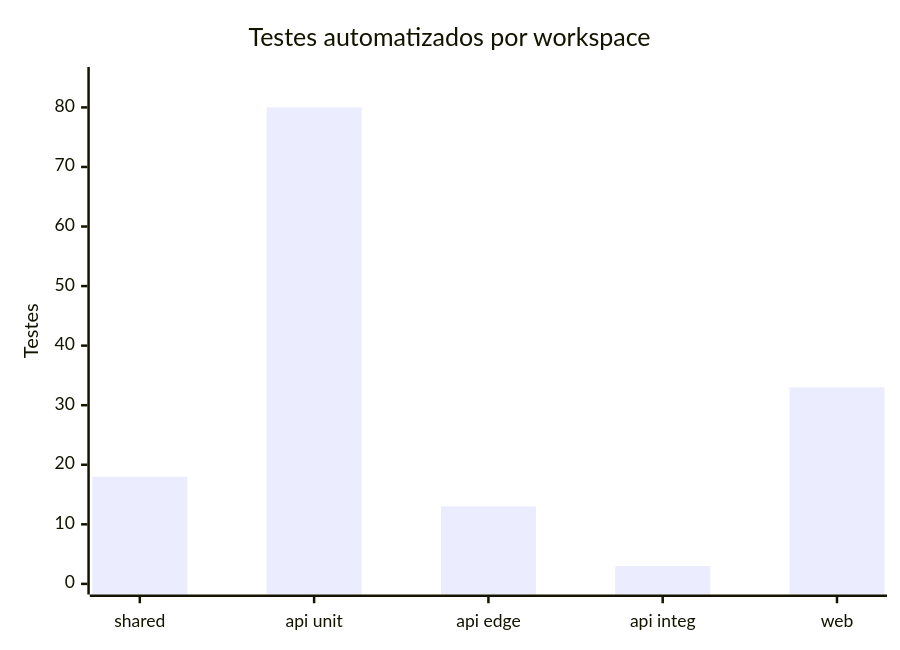
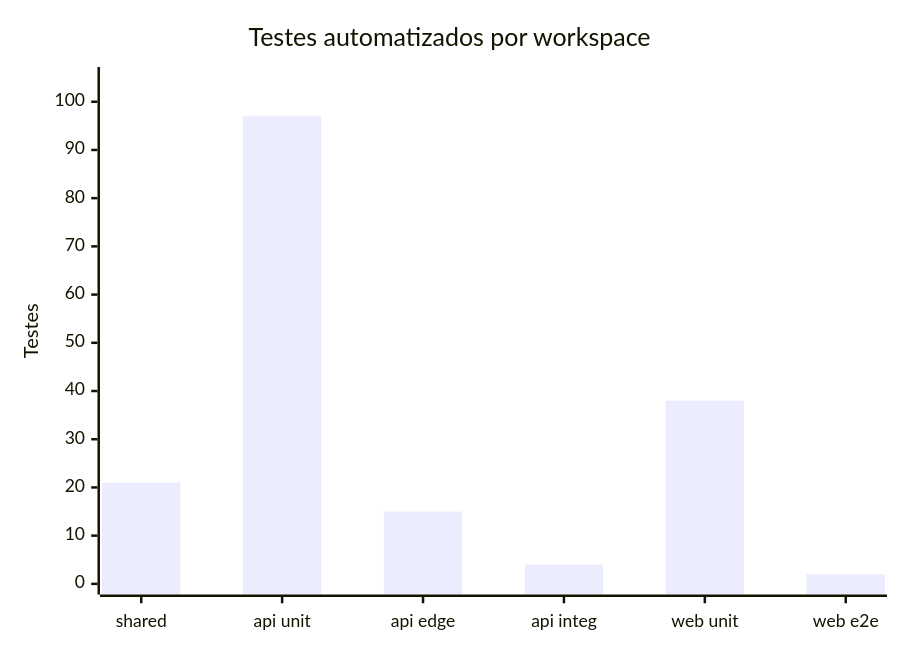
One commit to Digooow/pokedex-frontend changed the ninth of 12 diagrams in README.md. Above: the diagram before and after it, drawn with Mermaid. The commit also changed other lines of this file and 34 other files, not shown here.

````diff
--- a/README.md
+++ b/README.md
@@ -527,7 +529,7 @@
 ```mermaid
 xychart-beta
   title "Testes automatizados por workspace"
-  x-axis ["shared", "api unit", "api edge", "api integ", "web"]
-  y-axis "Testes" 0 --> 85
-  bar [18, 80, 13, 3, 33]
+  x-axis ["shared", "api unit", "api edge", "api integ", "web unit", "web e2e"]
+  y-axis "Testes" 0 --> 105
+  bar [21, 97, 15, 4, 38, 2]
 ```
````
